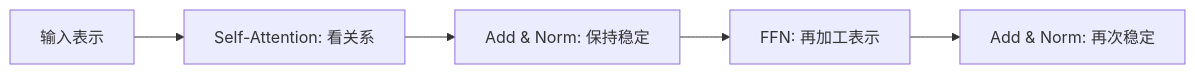
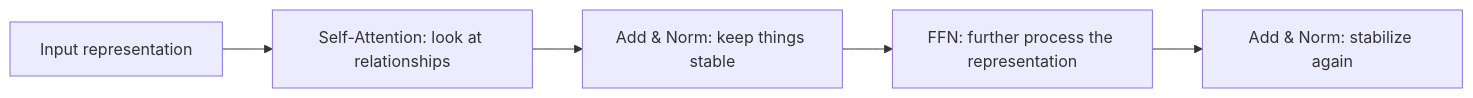
Before and after one commit to oudbiao/AI-fullstack-course: the first of 2 diagrams in docs/ch06-deep-learning/ch05-transformer/02-transformer-architecture.md, drawn with Mermaid. The commit also changed other lines of this file and 1406 other files, not shown here.

````diff
--- a/docs/ch06-deep-learning/ch05-transformer/02-transformer-architecture.md
+++ b/docs/ch06-deep-learning/ch05-transformer/02-transformer-architecture.md
@@ -35,7 +35,7 @@
 ```mermaid
 flowchart LR
-    A["输入表示"] --> B["Self-Attention: 看关系"]
-    B --> C["Add & Norm: 保持稳定"]
-    C --> D["FFN: 再加工表示"]
-    D --> E["Add & Norm: 再次稳定"]
+    A["Input representation"] --> B["Self-Attention: look at relationships"]
+    B --> C["Add & Norm: keep things stable"]
+    C --> D["FFN: further process the representation"]
+    D --> E["Add & Norm: stabilize again"]
 ```
````
